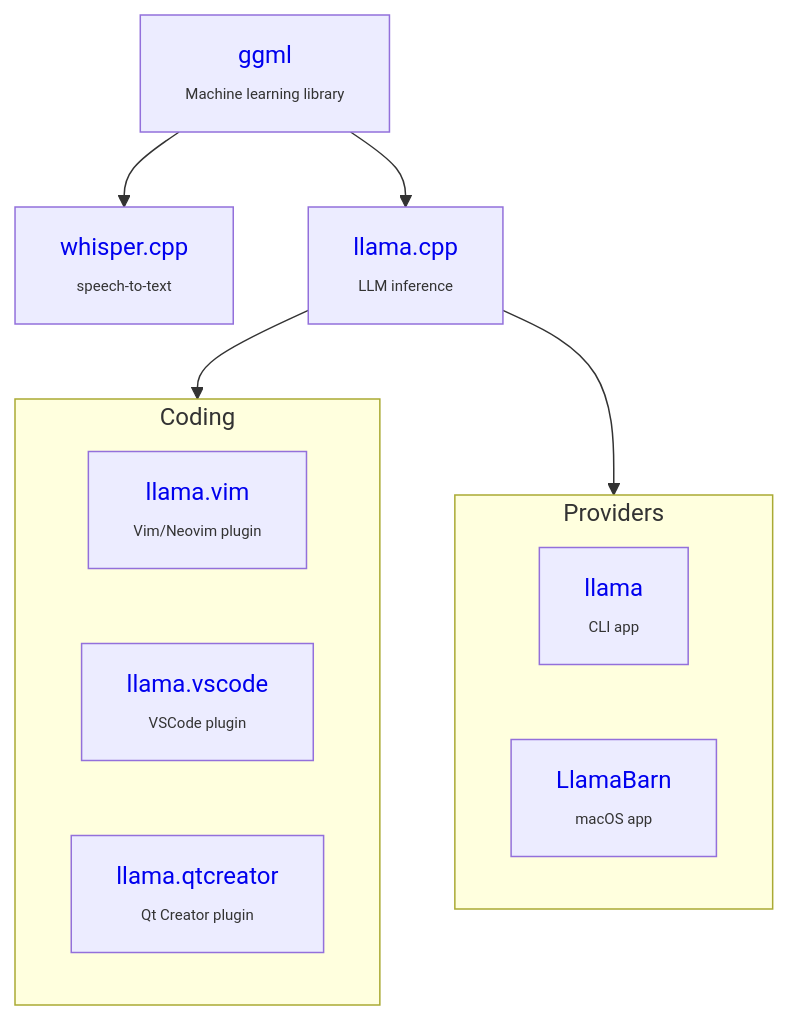
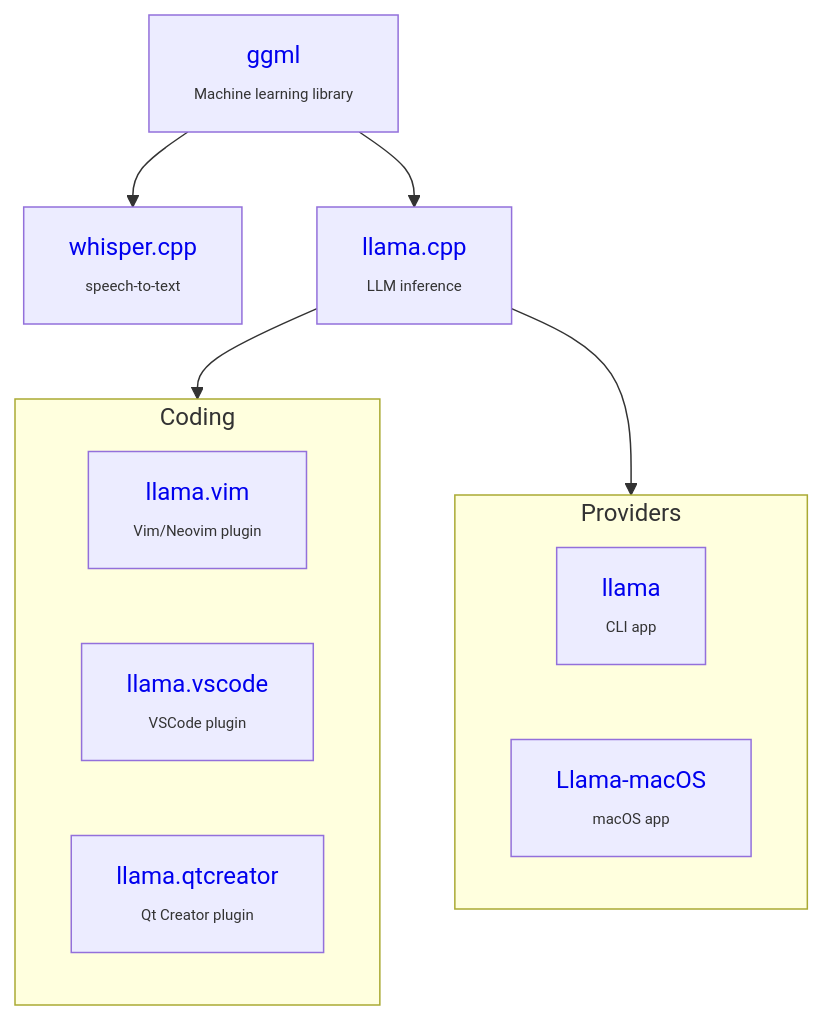
The diagram in profile/README.md (ggml-org/.github), drawn with Mermaid before and after one commit.

Commit message:
diagram : update macos repo

````diff
--- a/profile/README.md
+++ b/profile/README.md
@@ -8,27 +8,27 @@
 ```mermaid
 graph TD;
 ggml --> whisper.cpp
 ggml --> llama.cpp
 llama.cpp --> coding
 llama.cpp --> providers
 
 subgraph coding[Coding]
     llama.vim
     llama.vscode
     llama.qtcreator
 end
 
 subgraph providers[Providers]
     llama
     LlamaBarn
 end
 
 ggml[<a href="https://github.com/ggml-org/ggml"                       style="text-decoration:none;">ggml</a>            <br><span style="font-size:10px;">Machine learning library</span>];
 whisper.cpp[<a href="https://github.com/ggml-org/whisper.cpp"         style="text-decoration:none;">whisper.cpp</a>     <br><span style="font-size:10px;">speech-to-text</span>];
 llama.cpp[<a href="https://github.com/ggml-org/llama.cpp"             style="text-decoration:none;">llama.cpp</a>       <br><span style="font-size:10px;">LLM inference</span>];
 llama.vim[<a href="https://github.com/ggml-org/llama.vim"             style="text-decoration:none;">llama.vim</a>       <br><span style="font-size:10px;">Vim/Neovim plugin</span>];
 llama.vscode[<a href="https://github.com/ggml-org/llama.vscode"       style="text-decoration:none;">llama.vscode</a>    <br><span style="font-size:10px;">VSCode plugin</span>];
 llama.qtcreator[<a href="https://github.com/ggml-org/llama.qtcreator" style="text-decoration:none;">llama.qtcreator</a> <br><span style="font-size:10px;">Qt Creator plugin</span>];
 llama[<a href="https://llama.app"                                     style="text-decoration:none;">llama</a>           <br><span style="font-size:10px;">CLI app</span>];
-LlamaBarn[<a href="https://github.com/ggml-org/LlamaBarn"             style="text-decoration:none;">LlamaBarn</a>       <br><span style="font-size:10px;">macOS app</span>];
+LlamaBarn[<a href="https://github.com/ggml-org/Llama-macOS"           style="text-decoration:none;">Llama-macOS</a>     <br><span style="font-size:10px;">macOS app</span>];
 ```
````
